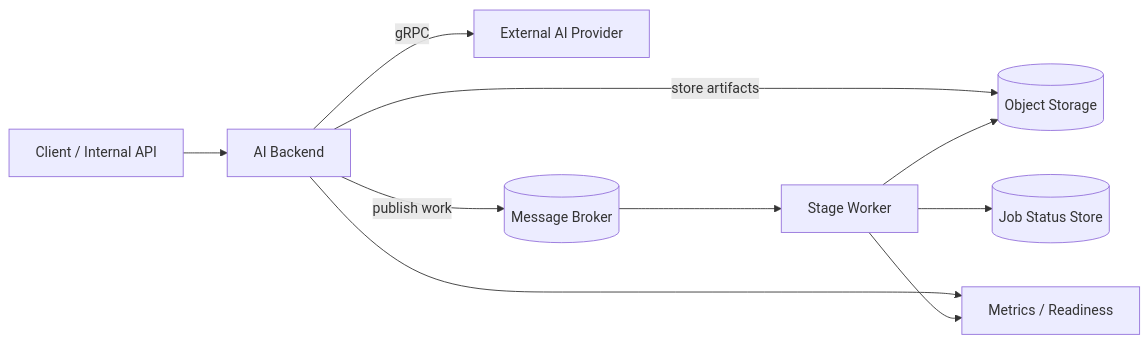
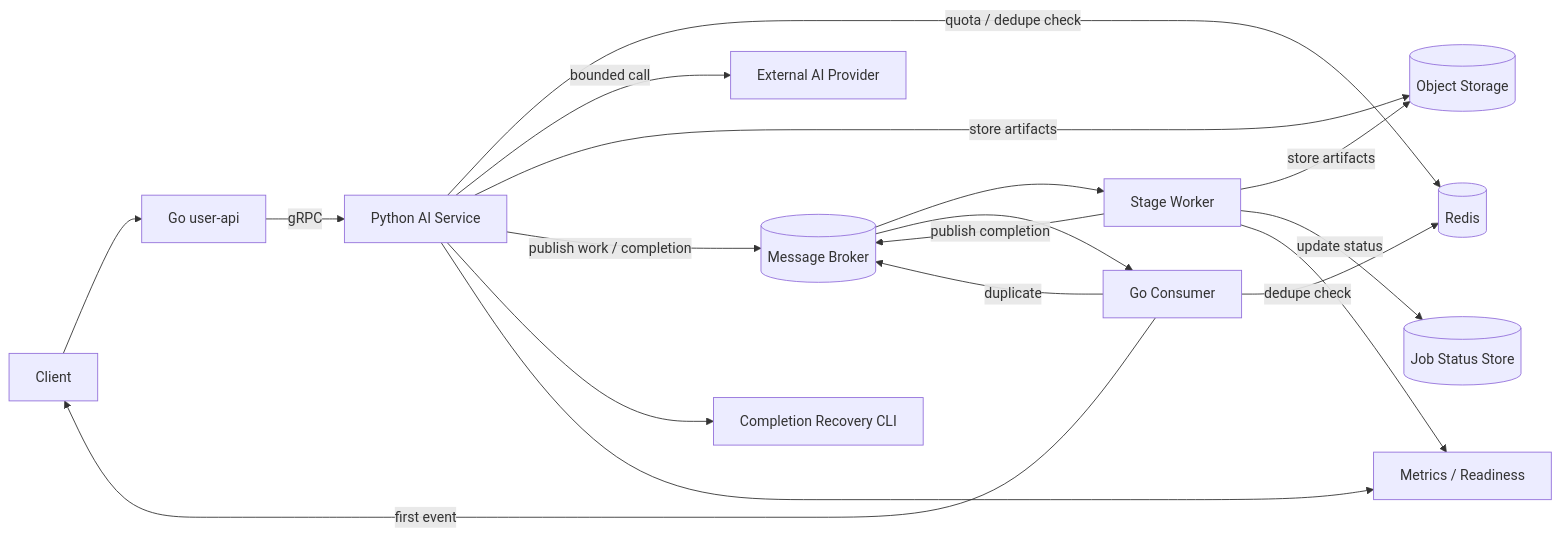
Before and after one commit to bang9ming9/bang9ming9: the fourth of 6 diagrams in README.md, drawn with Mermaid. The commit also changed other lines of this file and 1 other file, not shown here.

First line of the commit message:
[codex] Update AI backend reliability docs (#3)

````diff
--- a/README.md
+++ b/README.md
@@ -161,12 +155,23 @@
 ```mermaid
 flowchart LR
-    Client[Client / Internal API] --> API[AI Backend]
-    API -->|gRPC| Provider[External AI Provider]
+    Client[Client] --> GoAPI[Go user-api]
+    GoAPI -->|gRPC| API[Python AI Service]
+    API -->|quota / dedupe check| Redis[(Redis)]
+    API -->|bounded call| Provider[External AI Provider]
     API -->|store artifacts| Storage[(Object Storage)]
-    API -->|publish work| Broker[(Message Broker)]
+    API -->|publish work / completion| Broker[(Message Broker)]
+
     Broker --> Worker[Stage Worker]
-    Worker --> Status[(Job Status Store)]
-    Worker --> Storage
+    Worker -->|store artifacts| Storage
+    Worker -->|update status| Status[(Job Status Store)]
+    Worker -->|publish completion| Broker
+
+    Broker --> GoConsumer[Go Consumer]
+    GoConsumer -->|dedupe check| Redis
+    GoConsumer -->|first event| Client
+    GoConsumer -->|duplicate| Broker
+
+    API --> Recovery[Completion Recovery CLI]
     API --> Obs[Metrics / Readiness]
     Worker --> Obs
 ```
````
